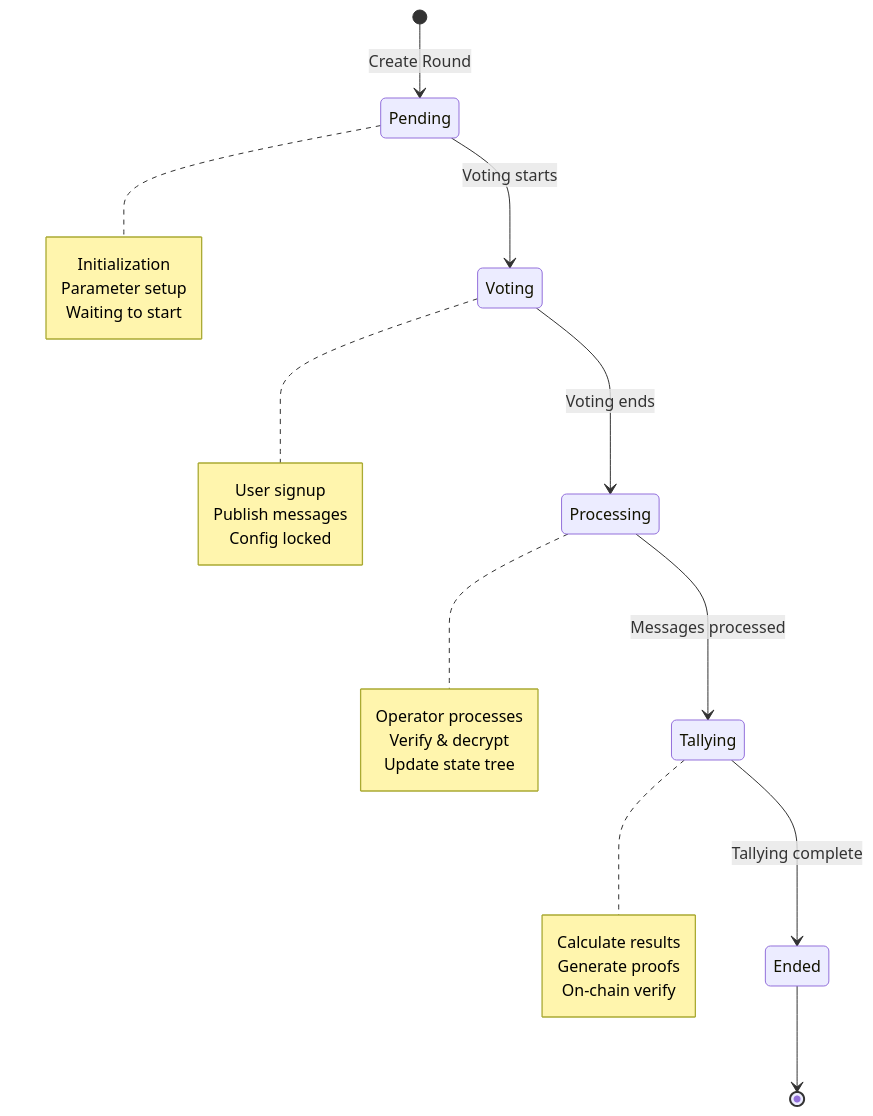
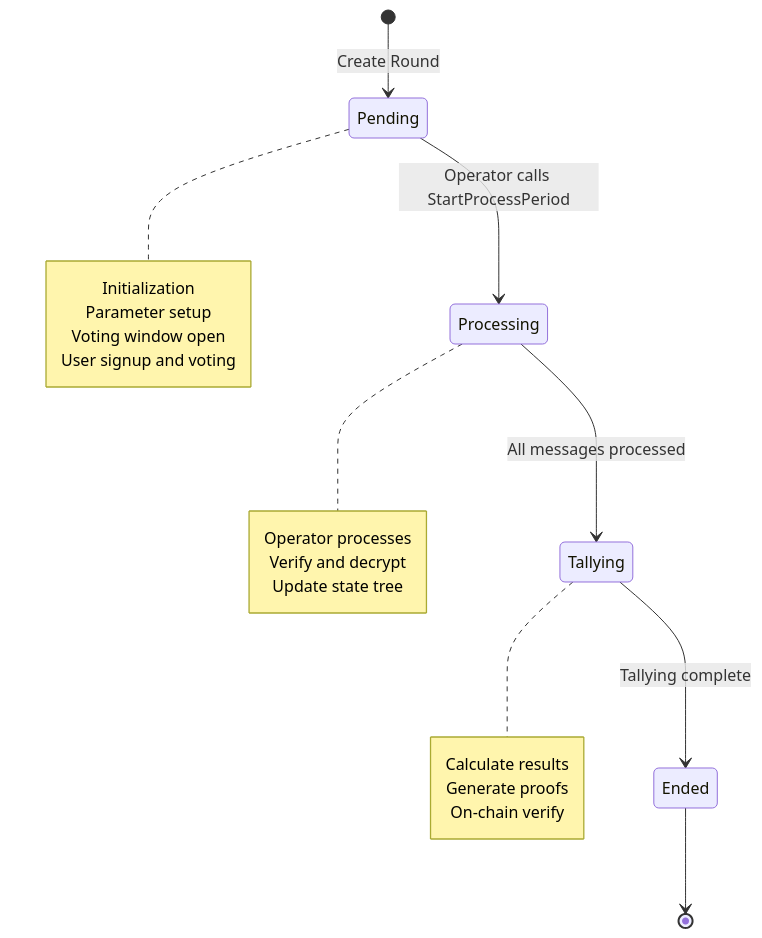
One commit to DoraFactory/maci changed the fifth of 12 diagrams in docs/content/en/docs/contracts/architecture.mdx. Above: the diagram before and after it, drawn with Mermaid. The commit also changed other lines of this file and 29 other files, not shown here.

````diff
--- a/docs/content/en/docs/contracts/architecture.mdx
+++ b/docs/content/en/docs/contracts/architecture.mdx
@@ -168,33 +173,27 @@
 ```mermaid
 stateDiagram-v2
     [*] --> Pending: Create Round
-    Pending --> Voting: Voting starts
-    Voting --> Processing: Voting ends
-    Processing --> Tallying: Messages processed
+    Pending --> Processing: Operator calls StartProcessPeriod
+    Processing --> Tallying: All messages processed
     Tallying --> Ended: Tallying complete
     Ended --> [*]
-    
+
     note right of Pending
         Initialization
         Parameter setup
-        Waiting to start
+        Voting window open
+        User signup and voting
     end note
-    
-    note right of Voting
-        User signup
-        Publish messages
-        Config locked
-    end note
-    
+
     note right of Processing
         Operator processes
-        Verify & decrypt
+        Verify and decrypt
         Update state tree
     end note
-    
+
     note right of Tallying
         Calculate results
         Generate proofs
         On-chain verify
     end note
 ```
````
